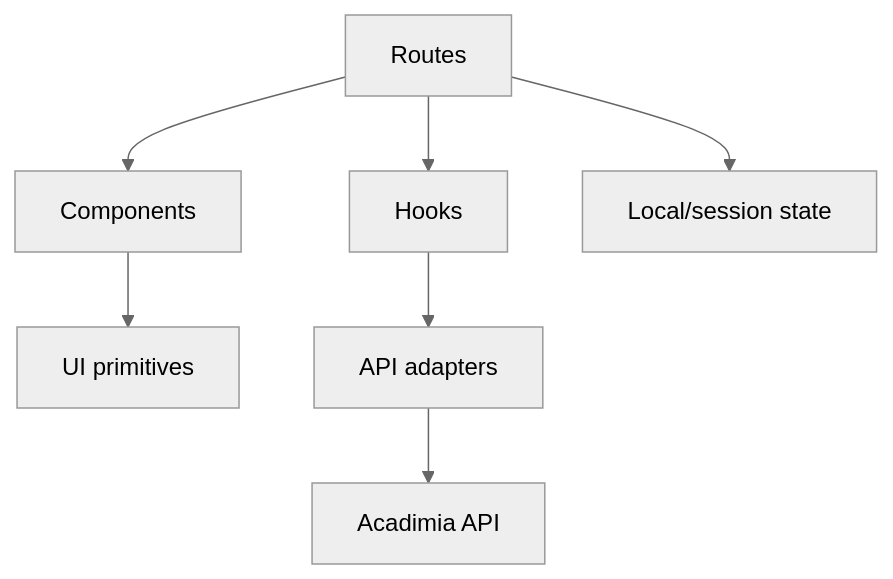
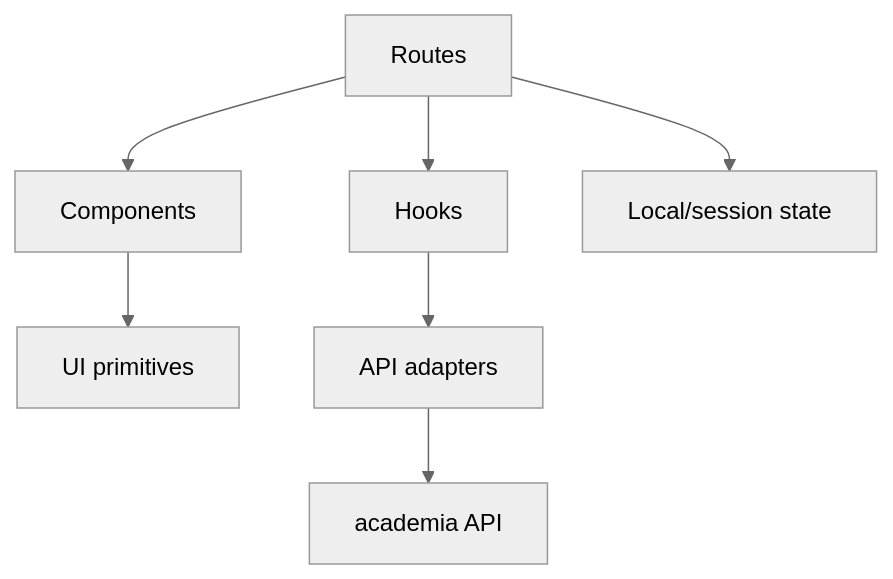
One commit to rebhi-2002/pixely-frame-magic changed the diagram in docs/architecture/frontend.md. Above: the diagram before and after it, drawn with Mermaid (neutral theme). The commit also changed 28 other files, not shown here.

Commit message:
docs: update API integration specs, Postman collections, and architecture guides

````diff
--- a/docs/architecture/frontend.md
+++ b/docs/architecture/frontend.md
@@ -5,9 +5,9 @@
 ```mermaid
 graph TD
   Routes[Routes] --> Components[Components]
   Components --> UI[UI primitives]
   Routes --> Hooks[Hooks]
   Hooks --> Integrations[API adapters]
-  Integrations --> Backend[Acadimia API]
+  Integrations --> Backend[academia API]
   Routes --> LocalState[Local/session state]
 ```
````
